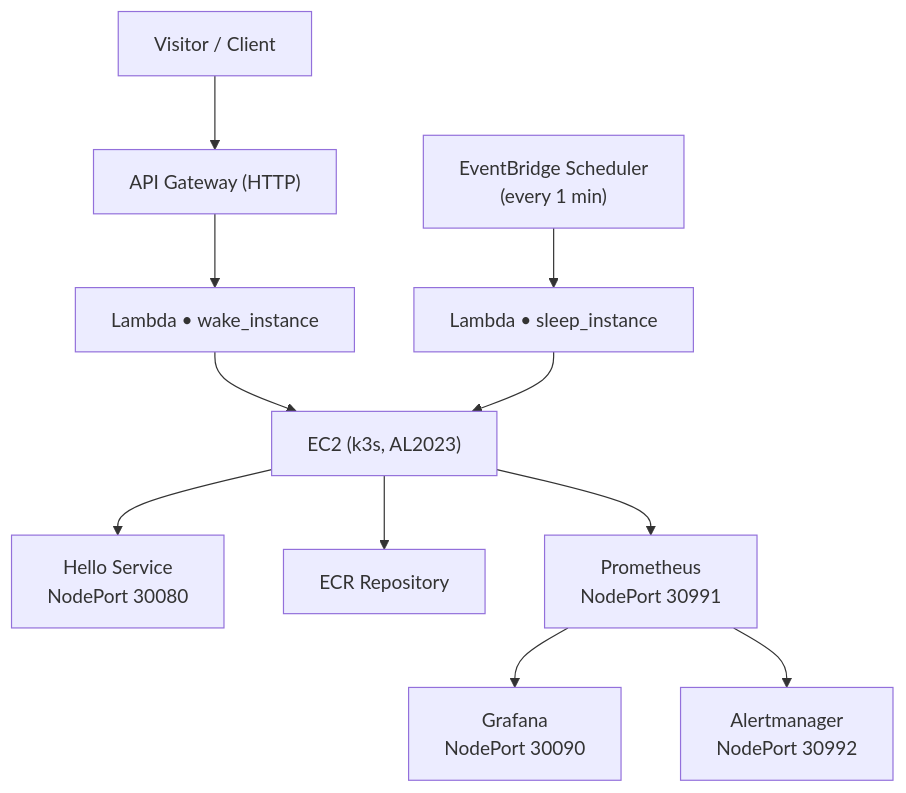
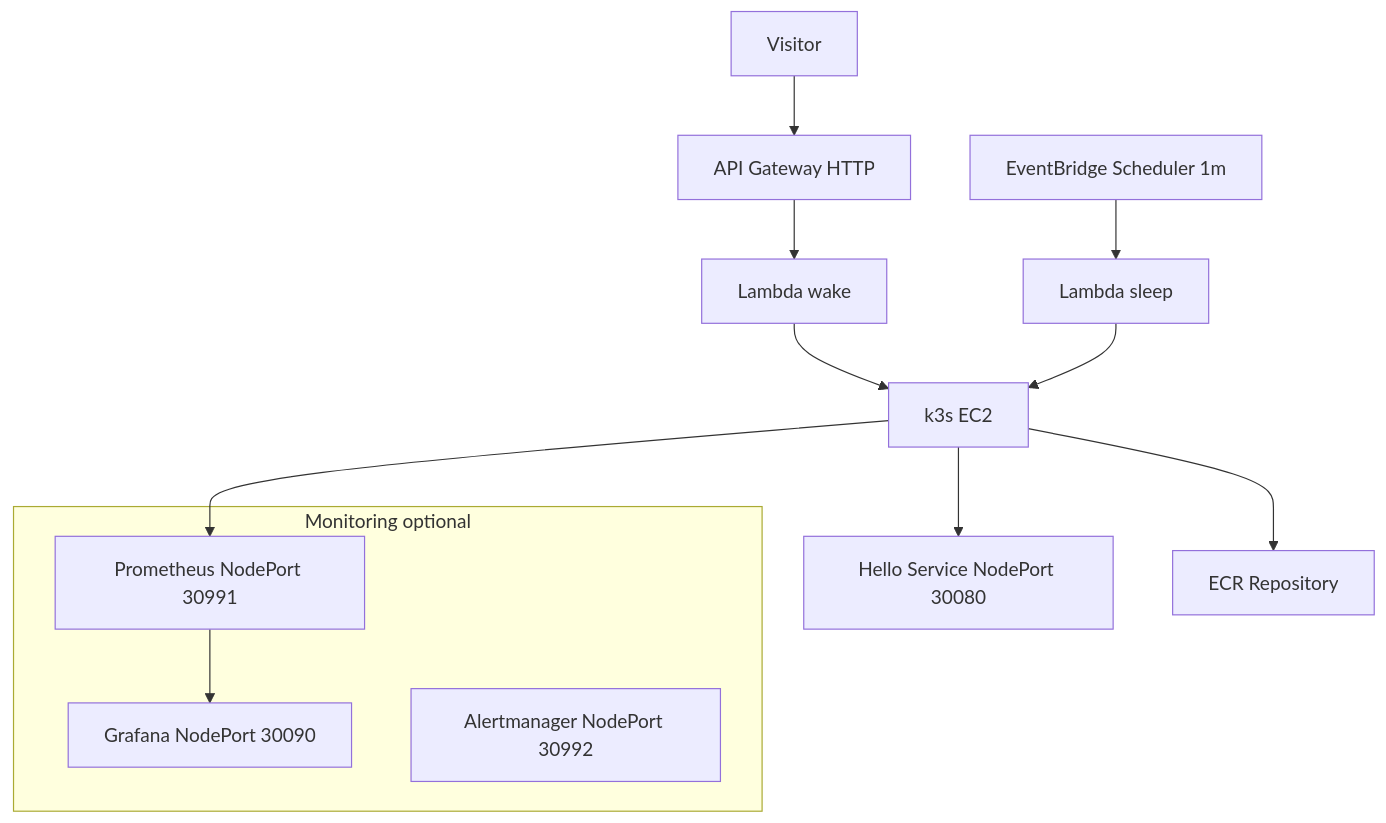
Before and after one commit to rusets/helmkube-autowake-cicd: the diagram in README.md, drawn with Mermaid. The commit also changed other lines of this file, not shown here.

````diff
--- a/README.md
+++ b/README.md
@@ -11,22 +11,20 @@
 ```mermaid
 flowchart TD
-  U["Visitor / Client"]
-  GW["API Gateway (HTTP)"]
-  W["Lambda • wake_instance"]
-  EC2["EC2 (k3s, AL2023)"]
-  APP["Hello Service<br/>NodePort 30080"]
-  ECR["ECR Repository"]
+  U[Visitor] --> GW[API Gateway HTTP]
+  GW --> W[Lambda wake]
+  W --> EC2[k3s EC2]
+  EC2 --> APP[Hello Service NodePort 30080]
+  EC2 --> ECR[ECR Repository]
 
-  P["Prometheus<br/>NodePort 30991"]
-  G["Grafana<br/>NodePort 30090"]
-  AM["Alertmanager<br/>NodePort 30992"]
+  subgraph MON[Monitoring optional]
+    P[Prometheus NodePort 30991]
+    G[Grafana NodePort 30090]
+    AM[Alertmanager NodePort 30992]
+  end
 
-  SCHED["EventBridge Scheduler<br/>(every 1 min)"]
-  SLP["Lambda • sleep_instance"]
+  EC2 --> P
+  P --> G
 
-  U --> GW --> W --> EC2 --> APP
-  EC2 --> ECR
-  EC2 --> P --> G
-  P --> AM
-  SCHED --> SLP --> EC2
+  SCH[EventBridge Scheduler 1m] --> SLP[Lambda sleep]
+  SLP --> EC2
 ```
````
